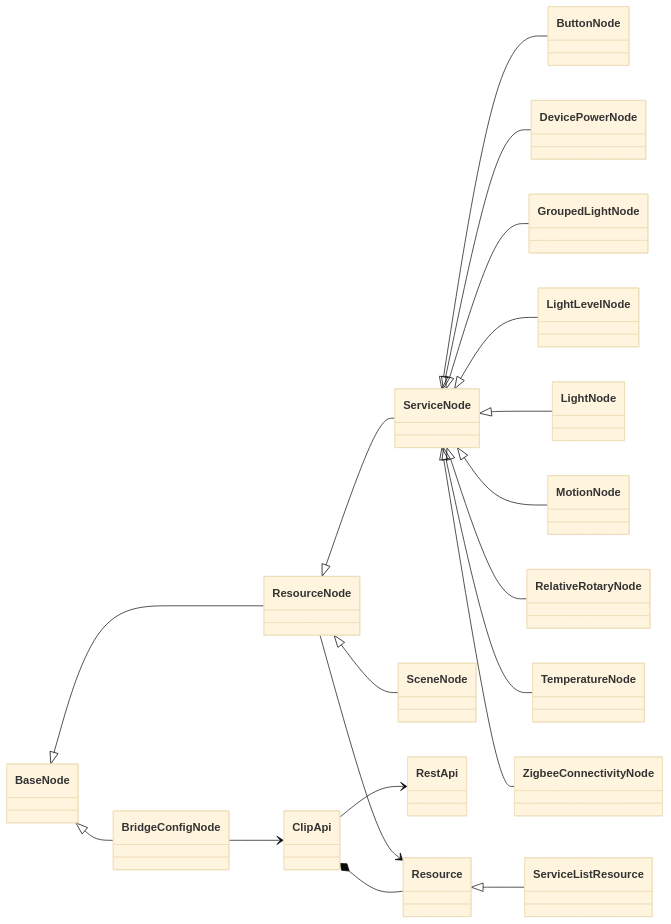
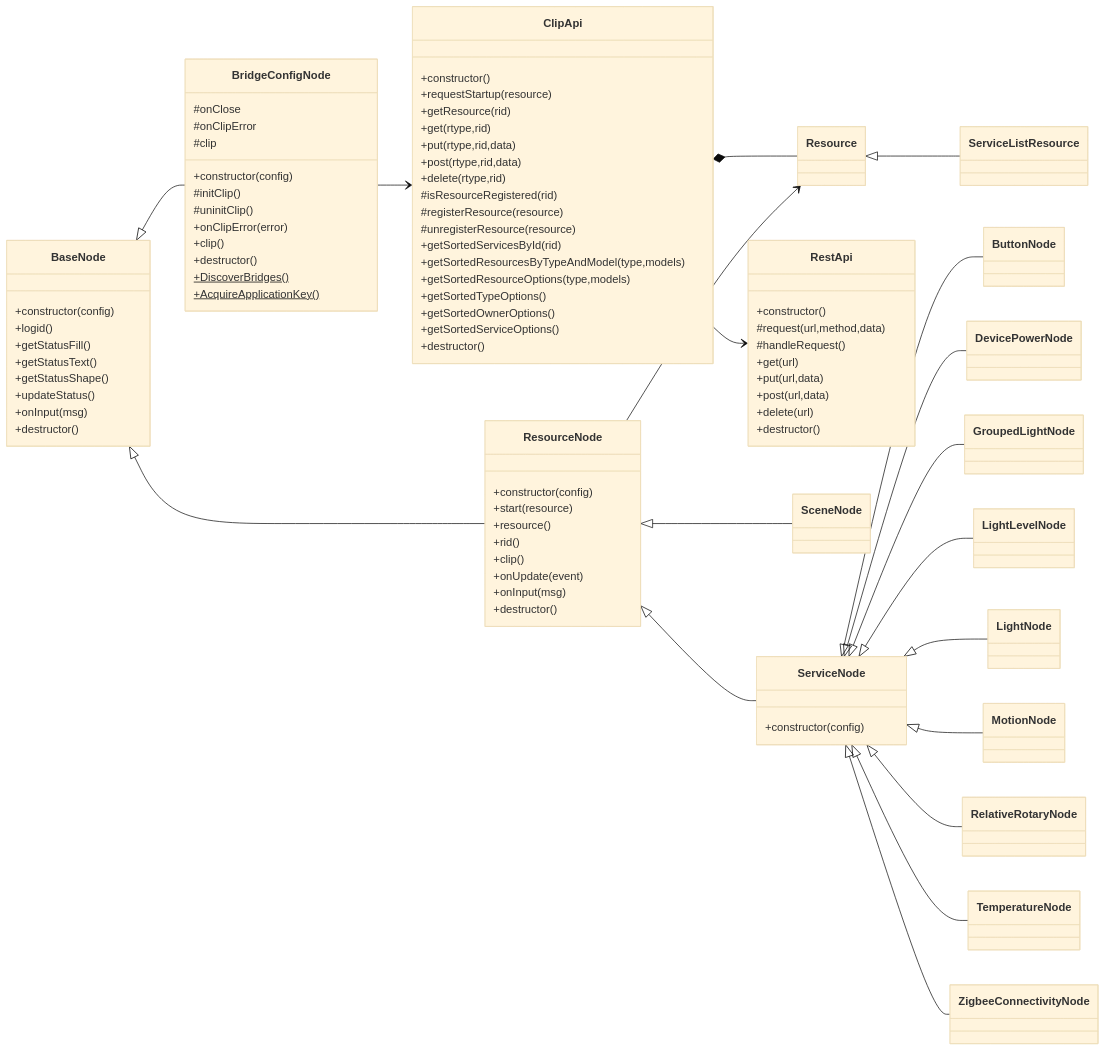
Before and after one commit to hurenkam/node-red-hue-services: the third of 3 diagrams in README.md, drawn with Mermaid (base theme).

````diff
--- a/README.md
+++ b/README.md
@@ -90,5 +90,79 @@
 ```mermaid
 classDiagram
+
+class BaseNode {
+    +constructor(config)
+    +logid()
+    +getStatusFill()
+    +getStatusText()
+    +getStatusShape()
+    +updateStatus()
+    +onInput(msg)
+    +destructor()
+}
+
+class ResourceNode {
+    +constructor(config)
+    +start(resource)
+    +resource()
+    +rid()
+    +clip()
+    +onUpdate(event)
+    +onInput(msg)
+    +destructor()
+}
+
+class ServiceNode {
+    +constructor(config)
+}
+
+class BridgeConfigNode {
+    #onClose
+    #onClipError
+    #clip
+    
+    +constructor(config)
+    #initClip()
+    #uninitClip()
+    +onClipError(error)
+    +clip()
+    +destructor()
+    
+    +DiscoverBridges()$
+    +AcquireApplicationKey()$
+}
+
+class ClipApi {
+    +constructor()
+    +requestStartup(resource)
+    +getResource(rid)
+    +get(rtype,rid)
+    +put(rtype,rid,data)
+    +post(rtype,rid,data)
+    +delete(rtype,rid)
+    #isResourceRegistered(rid)
+    #registerResource(resource)
+    #unregisterResource(resource)
+    +getSortedServicesById(rid)
+    +getSortedResourcesByTypeAndModel(type,models)
+    +getSortedResourceOptions(type,models)
+    +getSortedTypeOptions()
+    +getSortedOwnerOptions()
+    +getSortedServiceOptions()
+    +destructor()
+}
+
+class RestApi {
+    +constructor()
+    #request(url,method,data)
+    #handleRequest()
+    +get(url)
+    +put(url,data)
+    +post(url,data)
+    +delete(url)
+    +destructor()
+}
+
 direction LR
 BaseNode <|-- BridgeConfigNode
 BaseNode <|-- ResourceNode
@@ -105,8 +179,8 @@
 ResourceNode <|-- SceneNode
 
 BridgeConfigNode --> ClipApi
+ClipApi *-- Resource
 ClipApi --> RestApi
-ClipApi *-- Resource
 Resource <|-- ServiceListResource
 ResourceNode --> Resource
 
````
